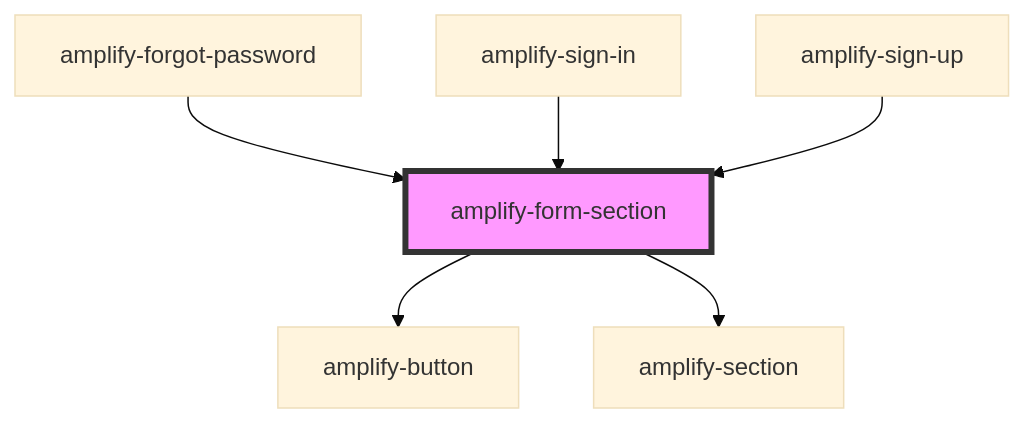
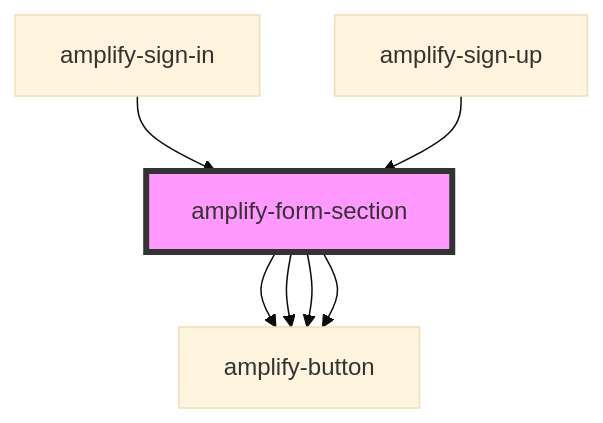
One commit to aws-amplify/amplify-js changed the diagram in packages/amplify-ui-components/src/components/amplify-form-section/readme.md. Above: the diagram before and after it, drawn with Mermaid (base theme). The commit also changed other lines of this file and 10 other files, not shown here.

````diff
--- a/packages/amplify-ui-components/src/components/amplify-form-section/readme.md
+++ b/packages/amplify-ui-components/src/components/amplify-form-section/readme.md
@@ -34,9 +36,10 @@
 ```mermaid
 graph TD;
   amplify-form-section --> amplify-button
-  amplify-form-section --> amplify-section
-  amplify-forgot-password --> amplify-form-section
+  amplify-form-section --> amplify-button
+  amplify-form-section --> amplify-button
+  amplify-form-section --> amplify-button
   amplify-sign-in --> amplify-form-section
   amplify-sign-up --> amplify-form-section
   style amplify-form-section fill:#f9f,stroke:#333,stroke-width:4px
 ```
````
